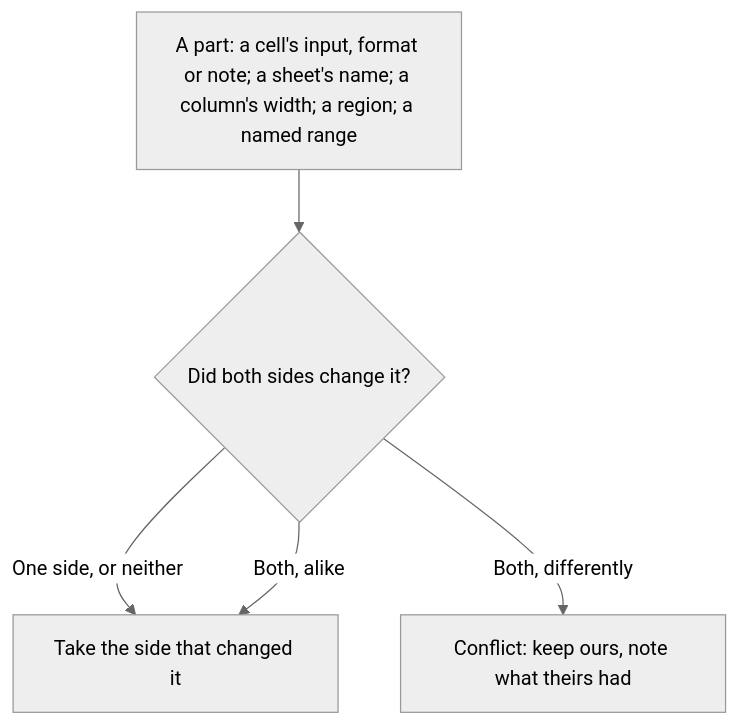
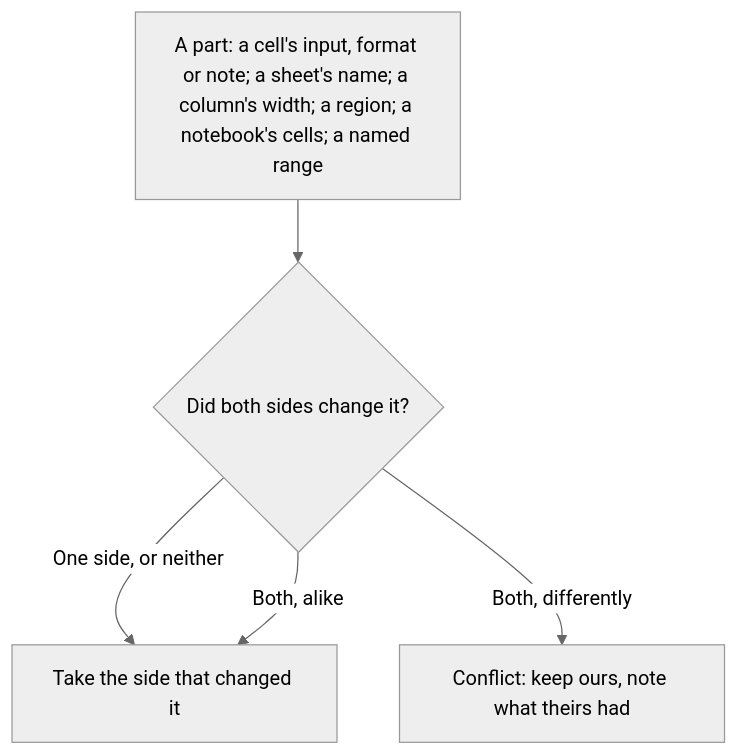
Before and after one commit to FelineStateMachine/012: the diagram in docs/files/git.md, drawn with Mermaid (neutral theme). The commit also changed other lines of this file and 23 other files, not shown here.

````diff
--- a/docs/files/git.md
+++ b/docs/files/git.md
@@ -104,8 +106,8 @@
 ```mermaid
 flowchart TD
-  part["A part: a cell's input, format or note; a sheet's name; a column's width; a region; a named range"]
+  part["A part: a cell's input, format or note; a sheet's name; a column's width; a region; a notebook's cells; a named range"]
   part --> same{"Did both sides change it?"}
   same -- "One side, or neither" --> take["Take the side that changed it"]
   same -- "Both, alike" --> take
   same -- "Both, differently" --> conflict["Conflict: keep ours, note what theirs had"]
 ```
````
